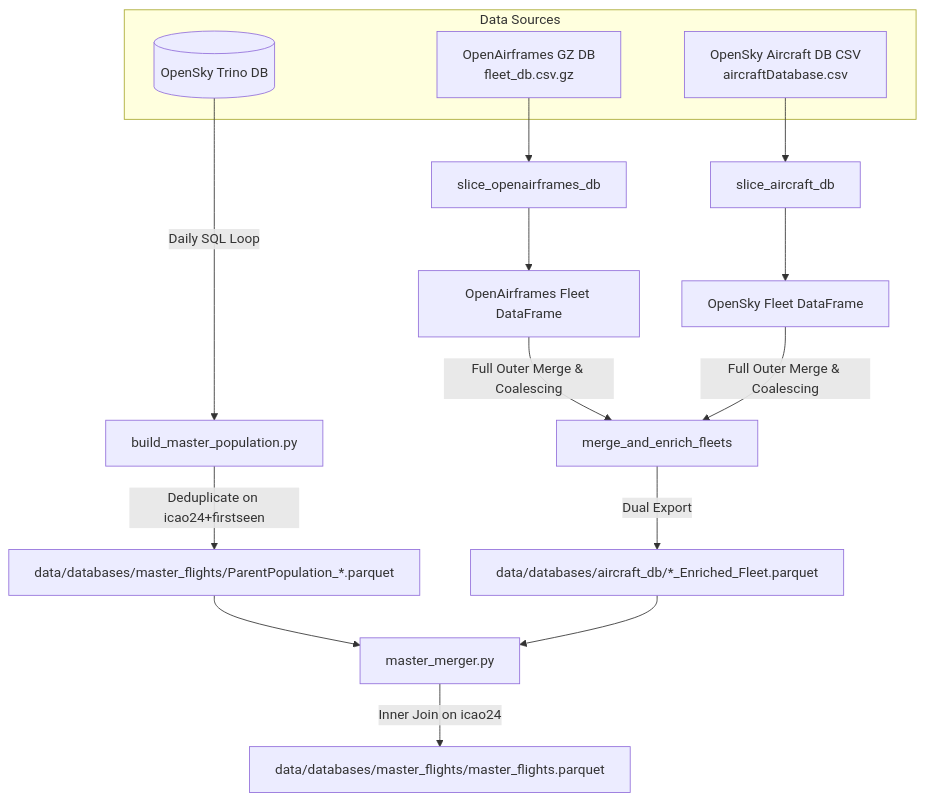
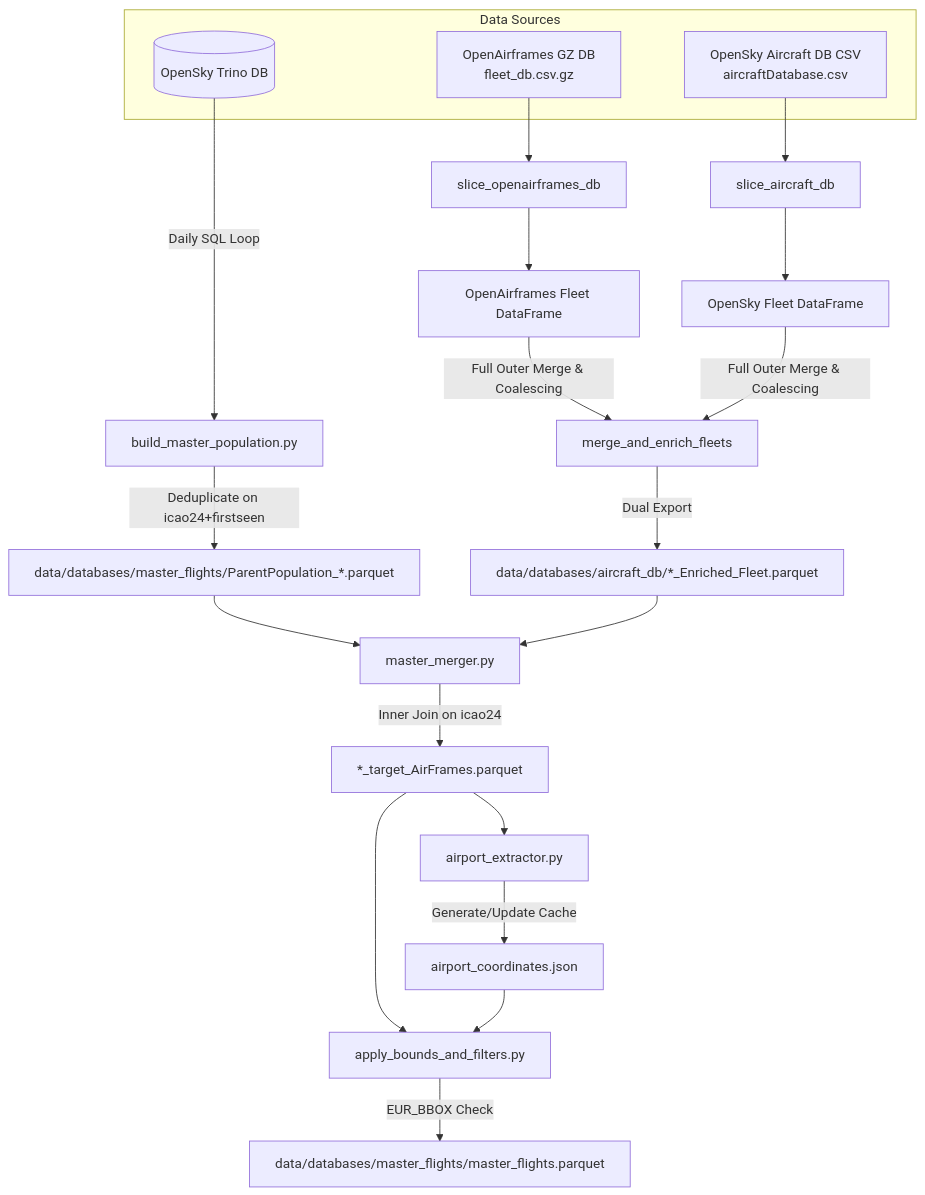
One commit to Bauzement123/flight-physics-pipeline changed the first of 2 diagrams in src/core/acquisition/README.md. Above: the diagram before and after it, drawn with Mermaid. The commit also changed other lines of this file and 12 other files, not shown here.

Commit message:
feat(acquisition): extract strict BBOX filter to apply_bounds_and_filters.py; update padding constants

````diff
--- a/src/core/acquisition/README.md
+++ b/src/core/acquisition/README.md
@@ -72,30 +82,37 @@
 ```mermaid
 graph TD
     %% Input Sources
     subgraph Data Sources
         SrcTrino[(OpenSky Trino DB)]
         SrcAirframes[OpenAirframes GZ DB<br>fleet_db.csv.gz]
         SrcAircraftDB[OpenSky Aircraft DB CSV<br>aircraftDatabase.csv]
     end
 
     %% Track A
     SrcTrino -->|Daily SQL Loop| A1[build_master_population.py]
     A1 -->|Deduplicate on icao24+firstseen| OutA[data/databases/master_flights/ParentPopulation_*.parquet]
 
     %% Track B
     SrcAirframes --> B_oa[slice_openairframes_db]
     SrcAircraftDB --> B_os[slice_aircraft_db]
     
     B_oa --> B_oa_out[OpenAirframes Fleet DataFrame]
     B_os --> B_os_out[OpenSky Fleet DataFrame]
     
     B_oa_out -->|Full Outer Merge & Coalescing| B_merge[merge_and_enrich_fleets]
     B_os_out -->|Full Outer Merge & Coalescing| B_merge
     
     B_merge -->|Dual Export| OutB[data/databases/aircraft_db/*_Enriched_Fleet.parquet]
 
     %% Merger Stage
     OutA --> Merge[master_merger.py]
     OutB --> Merge
-    Merge -->|Inner Join on icao24| OutM[data/databases/master_flights/master_flights.parquet]
+    Merge -->|Inner Join on icao24| OutM["*_target_AirFrames.parquet"]
+    
+    %% Bounding Box Filter
+    OutM --> Ext[airport_extractor.py]
+    Ext -->|Generate/Update Cache| Cache[airport_coordinates.json]
+    OutM --> FiltBox[apply_bounds_and_filters.py]
+    Cache --> FiltBox
+    FiltBox -->|EUR_BBOX Check| Final[data/databases/master_flights/master_flights.parquet]
 ```
````
